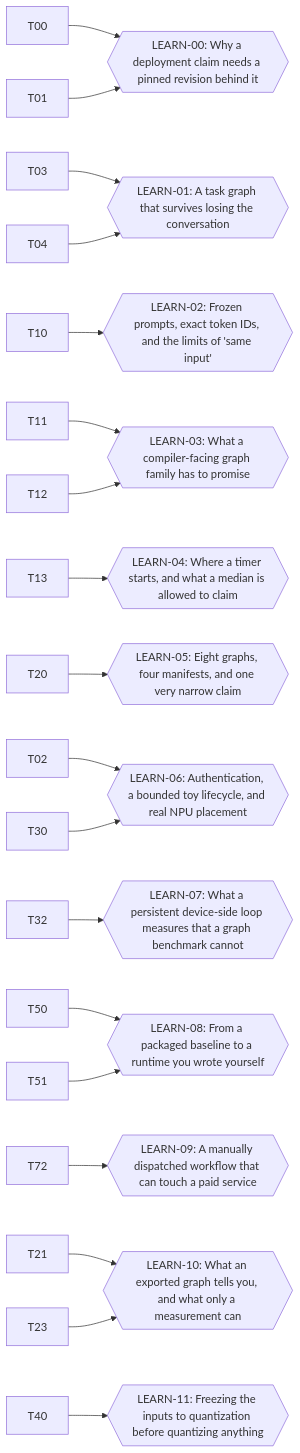
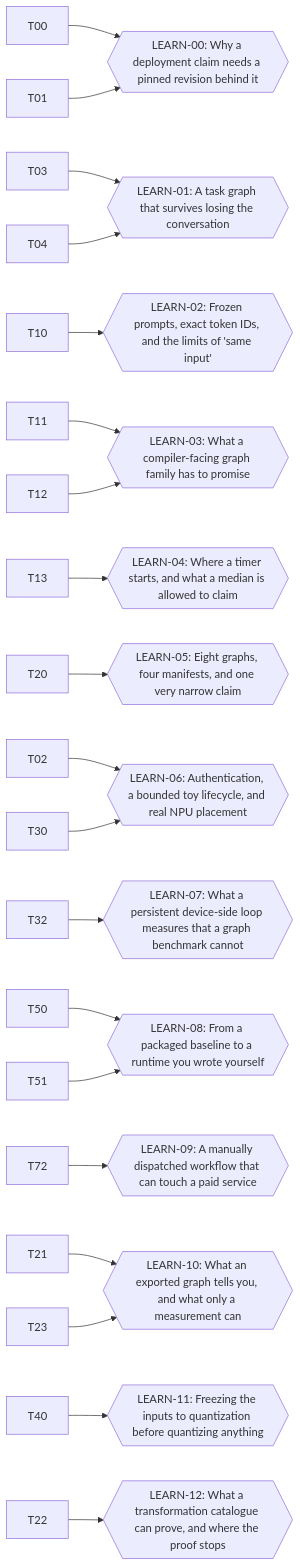
The second of 2 diagrams in ai/tasks/status.generated.md (chayut-t/slm-deployment-lab), drawn with Mermaid before and after one commit. The commit also changed other lines of this file and 6 other files, not shown here.

````diff
--- a/ai/tasks/status.generated.md
+++ b/ai/tasks/status.generated.md
@@ -155,33 +155,35 @@
 ```mermaid
 graph LR
     LEARN_00{{"LEARN-00: Why a deployment claim needs a pinned revision behind it"}}
     LEARN_01{{"LEARN-01: A task graph that survives losing the conversation"}}
     LEARN_02{{"LEARN-02: Frozen prompts, exact token IDs, and the limits of 'same input'"}}
     LEARN_03{{"LEARN-03: What a compiler-facing graph family has to promise"}}
     LEARN_04{{"LEARN-04: Where a timer starts, and what a median is allowed to claim"}}
     LEARN_05{{"LEARN-05: Eight graphs, four manifests, and one very narrow claim"}}
     LEARN_06{{"LEARN-06: Authentication, a bounded toy lifecycle, and real NPU placement"}}
     LEARN_07{{"LEARN-07: What a persistent device-side loop measures that a graph benchmark cannot"}}
     LEARN_08{{"LEARN-08: From a packaged baseline to a runtime you wrote yourself"}}
     LEARN_09{{"LEARN-09: A manually dispatched workflow that can touch a paid service"}}
     LEARN_10{{"LEARN-10: What an exported graph tells you, and what only a measurement can"}}
     LEARN_11{{"LEARN-11: Freezing the inputs to quantization before quantizing anything"}}
+    LEARN_12{{"LEARN-12: What a transformation catalogue can prove, and where the proof stops"}}
     T00 --> LEARN_00
     T01 --> LEARN_00
     T03 --> LEARN_01
     T04 --> LEARN_01
     T10 --> LEARN_02
     T11 --> LEARN_03
     T12 --> LEARN_03
     T13 --> LEARN_04
     T20 --> LEARN_05
     T02 --> LEARN_06
     T30 --> LEARN_06
     T32 --> LEARN_07
     T50 --> LEARN_08
     T51 --> LEARN_08
     T72 --> LEARN_09
     T21 --> LEARN_10
     T23 --> LEARN_10
     T40 --> LEARN_11
+    T22 --> LEARN_12
 ```
````
